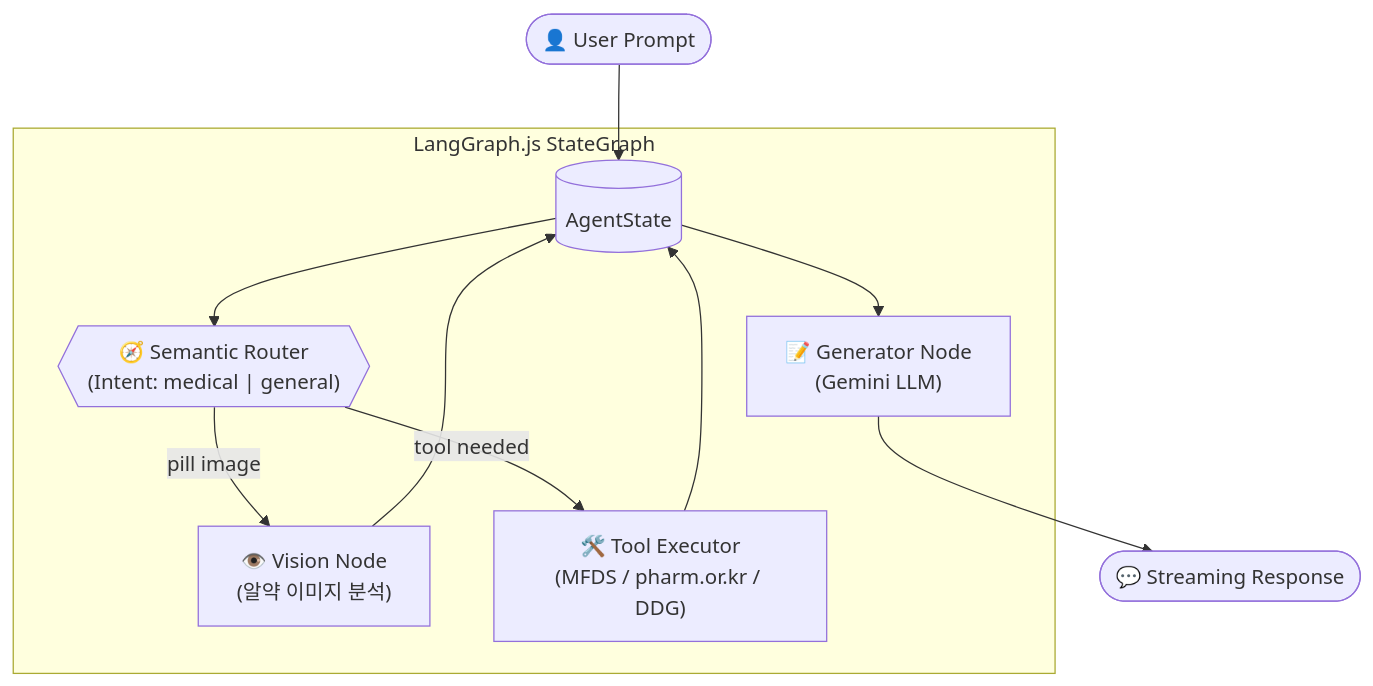
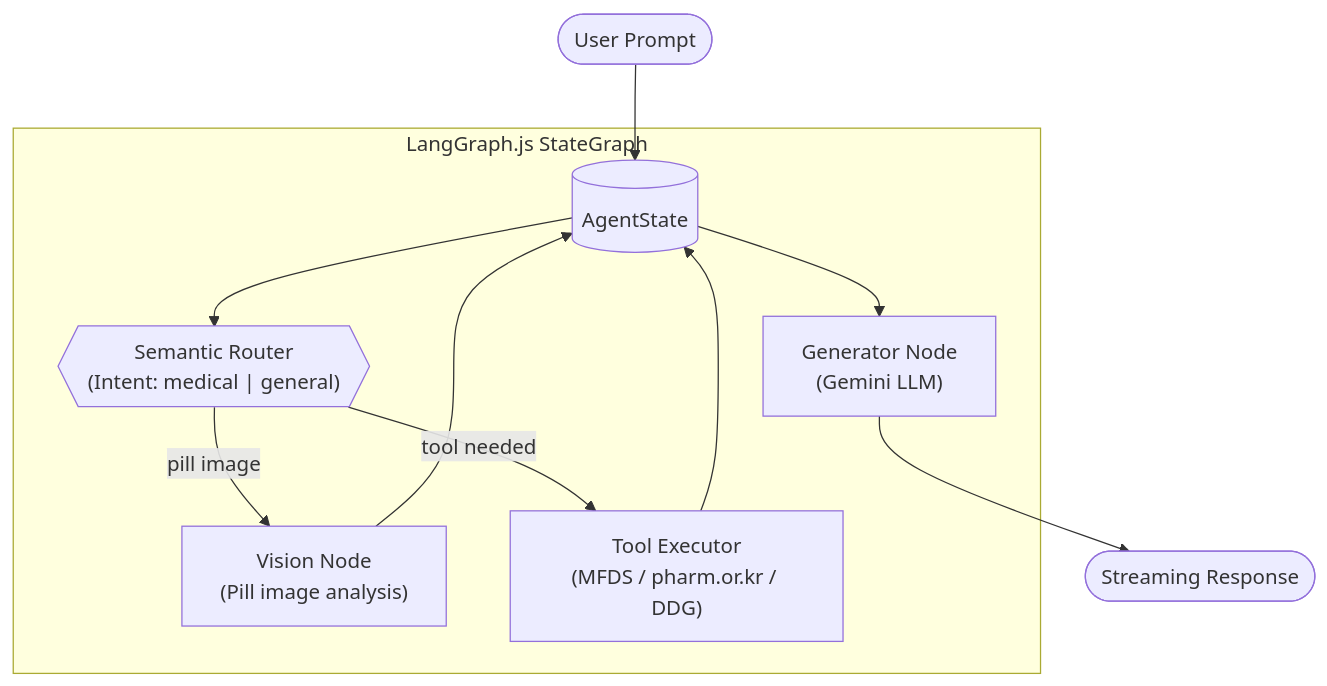
Before and after one commit to jpjp92/chat-agent: the second of 2 diagrams in README.md, drawn with Mermaid. The commit also changed other lines of this file and 10 other files, not shown here.

First line of the commit message:
Add reference guides for various visualizations: Chart, Chemistry, Constellation, Diagram, Drug, and Physics

````diff
--- a/README.md
+++ b/README.md
@@ -87,19 +88,19 @@
 ```mermaid
 flowchart TB
-    User([👤 User Prompt])
+    User([User Prompt])
 
     subgraph StateGraph ["LangGraph.js StateGraph"]
         StateNode[("AgentState")]
-        RouterNode{{"🧭 Semantic Router\n(Intent: medical | general)"}}
-        Vision["👁️ Vision Node\n(알약 이미지 분석)"]
-        ToolExecutor["🛠️ Tool Executor\n(MFDS / pharm.or.kr / DDG)"]
-        Generator["📝 Generator Node\n(Gemini LLM)"]
+        RouterNode{{"Semantic Router\n(Intent: medical | general)"}}
+        Vision["Vision Node\n(Pill image analysis)"]
+        ToolExecutor["Tool Executor\n(MFDS / pharm.or.kr / DDG)"]
+        Generator["Generator Node\n(Gemini LLM)"]
     end
 
-    Output([💬 Streaming Response])
+    Output([Streaming Response])
 
     User --> StateNode --> RouterNode
     RouterNode -- "pill image" --> Vision --> StateNode
     RouterNode -- "tool needed" --> ToolExecutor --> StateNode
     StateNode --> Generator --> Output
 ```
````
